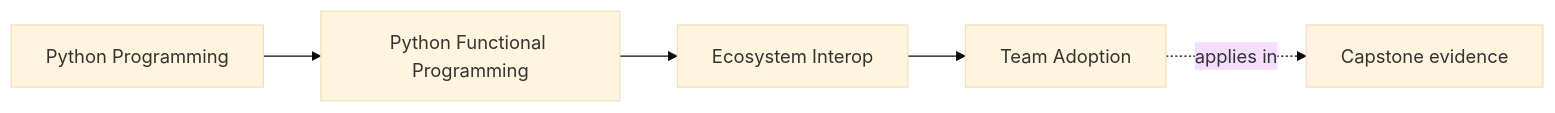
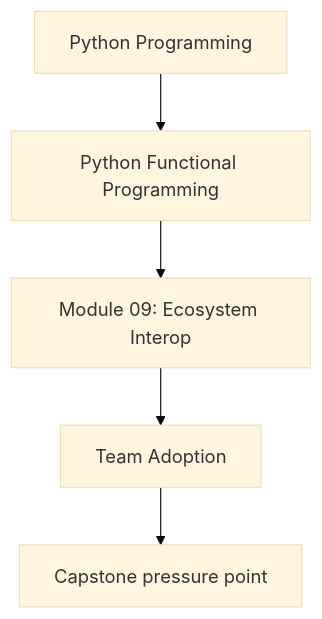
The first of 2 diagrams in programs/python-programming/python-functional-programming/course-book/module-09-ecosystem-interop/team-adoption.md (bijux/bijux-masterclass), drawn with Mermaid (base theme) before and after one commit. The commit also changed other lines of this file and 118 other files, not shown here.

Commit message:
docs(python-functional-programming): align concept page diagrams

````diff
--- a/programs/python-programming/python-functional-programming/course-book/module-09-ecosystem-interop/team-adoption.md
+++ b/programs/python-programming/python-functional-programming/course-book/module-09-ecosystem-interop/team-adoption.md
@@ -6,11 +6,7 @@
 ```mermaid
-graph LR
-  family["Python Programming"]
-  program["Python Functional Programming"]
-  section["Ecosystem Interop"]
-  page["Team Adoption"]
-  capstone["Capstone evidence"]
-
-  family --> program --> section --> page
-  page -.applies in.-> capstone
+flowchart TD
+  family["Python Programming"] --> program["Python Functional Programming"]
+  program --> module["Module 09: Ecosystem Interop"]
+  module --> concept["Team Adoption"]
+  concept --> capstone["Capstone pressure point"]
 ```
````
